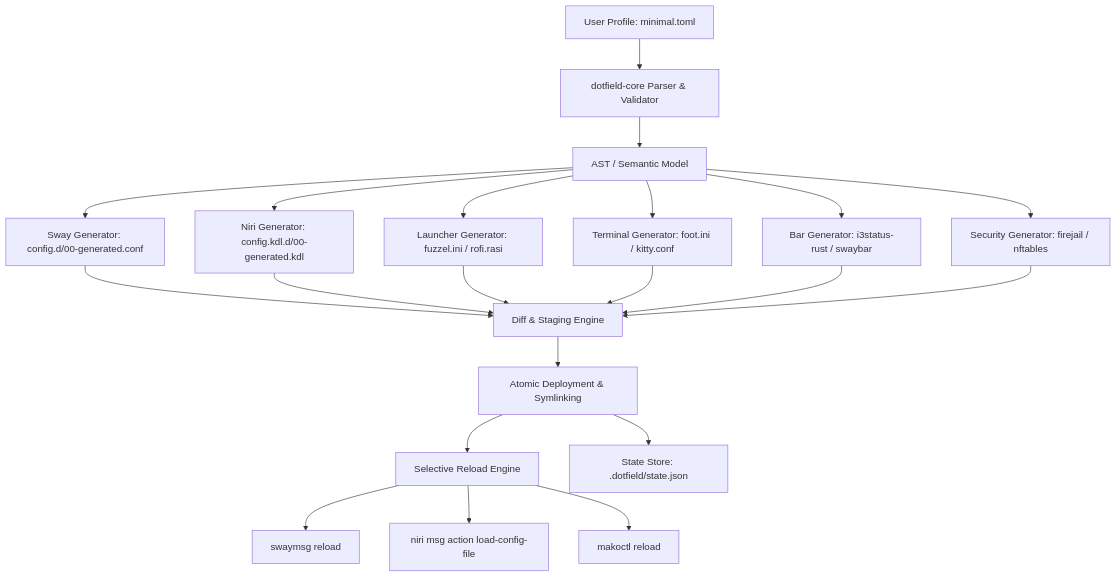
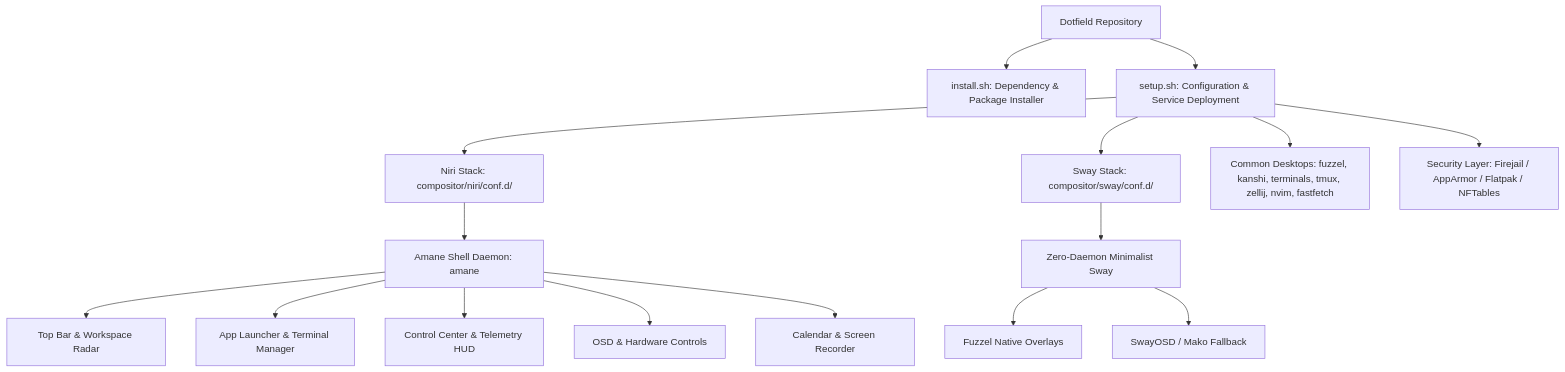
The diagram in docs/ARCHITECTURE.md (Hypokoto/dotfield), drawn with Mermaid before and after one commit. The commit also changed other lines of this file and 38 other files, not shown here.

Commit message:
refactor: rename dotfield-shell to amane, remove compiler references in docs, and add fastfetch setup

````diff
--- a/docs/ARCHITECTURE.md
+++ b/docs/ARCHITECTURE.md
@@ -9,19 +12,22 @@
 ```mermaid
 flowchart TD
-    A[User Profile: minimal.toml] --> B[dotfield-core Parser & Validator]
-    B --> C[AST / Semantic Model]
-    C --> D1[Sway Generator: config.d/00-generated.conf]
-    C --> D2[Niri Generator: config.kdl.d/00-generated.kdl]
-    C --> D3[Launcher Generator: fuzzel.ini / rofi.rasi]
-    C --> D4[Terminal Generator: foot.ini / kitty.conf]
-    C --> D5[Bar Generator: i3status-rust / swaybar]
-    C --> D6[Security Generator: firejail / nftables]
+    A[Dotfield Repository] --> B[install.sh: Dependency & Package Installer]
+    A --> C[setup.sh: Configuration & Service Deployment]
 
-    D1 & D2 & D3 & D4 & D5 & D6 --> E[Diff & Staging Engine]
-    E --> F[Atomic Deployment & Symlinking]
-    F --> G[Selective Reload Engine]
-    G --> H1[swaymsg reload]
-    G --> H2[niri msg action load-config-file]
-    G --> H3[makoctl reload]
-    F --> I[State Store: .dotfield/state.json]
+    C --> D1[Niri Stack: compositor/niri/conf.d/]
+    C --> D2[Sway Stack: compositor/sway/conf.d/]
+    C --> D3[Common Desktops: fuzzel, kanshi, terminals, tmux, zellij, nvim, fastfetch]
+
+    D1 --> E1[Amane Shell Daemon: amane]
+    E1 --> F1[Top Bar & Workspace Radar]
+    E1 --> F2[App Launcher & Terminal Manager]
+    E1 --> F3[Control Center & Telemetry HUD]
+    E1 --> F4[OSD & Hardware Controls]
+    E1 --> F5[Calendar & Screen Recorder]
+
+    D2 --> G1[Zero-Daemon Minimalist Sway]
+    G1 --> G2[Fuzzel Native Overlays]
+    G1 --> G3[SwayOSD / Mako Fallback]
+
+    C --> H[Security Layer: Firejail / AppArmor / Flatpak / NFTables]
 ```
````
